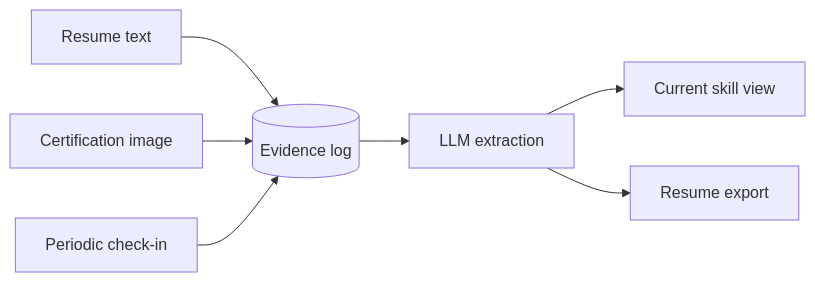
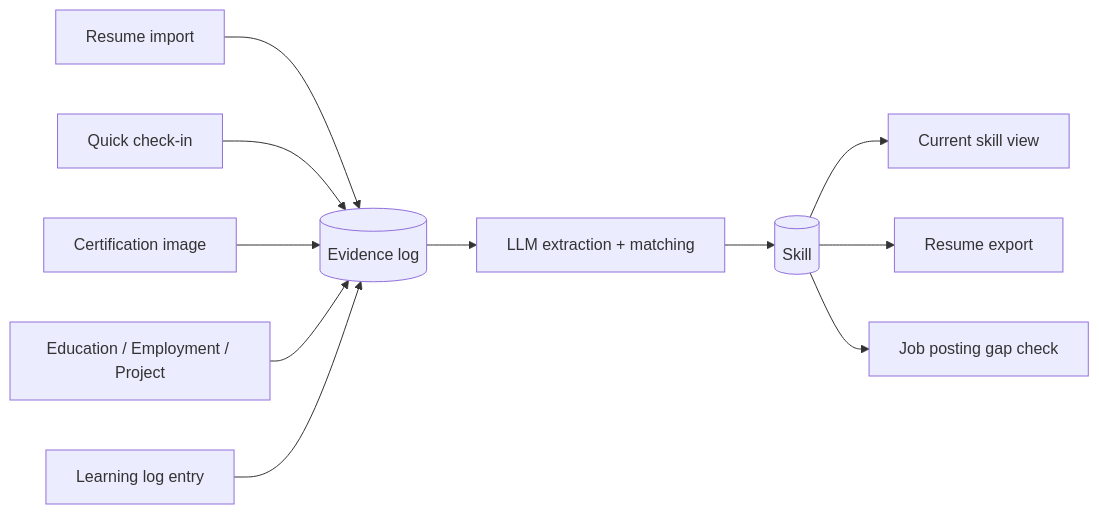
The diagram in README.md (tkm112345/skillgrowth), drawn with Mermaid before and after one commit. The commit also changed other lines of this file and 43 other files, not shown here.

````diff
--- a/README.md
+++ b/README.md
@@ -11,9 +13,13 @@
 ```mermaid
 flowchart LR
-  U1[Resume text] --> E[(Evidence log)]
-  U2[Certification image] --> E
-  U3[Periodic check-in] --> E
-  E --> L[LLM extraction]
-  L --> S[Current skill view]
-  L --> X[Resume export]
+  U1[Resume import] --> E[(Evidence log)]
+  U2[Quick check-in] --> E
+  U3[Certification image] --> E
+  U4[Education / Employment / Project] --> E
+  U5[Learning log entry] --> E
+  E --> L[LLM extraction + matching]
+  L --> S[(Skill)]
+  S --> V[Current skill view]
+  S --> X[Resume export]
+  S --> G[Job posting gap check]
 ```
````
